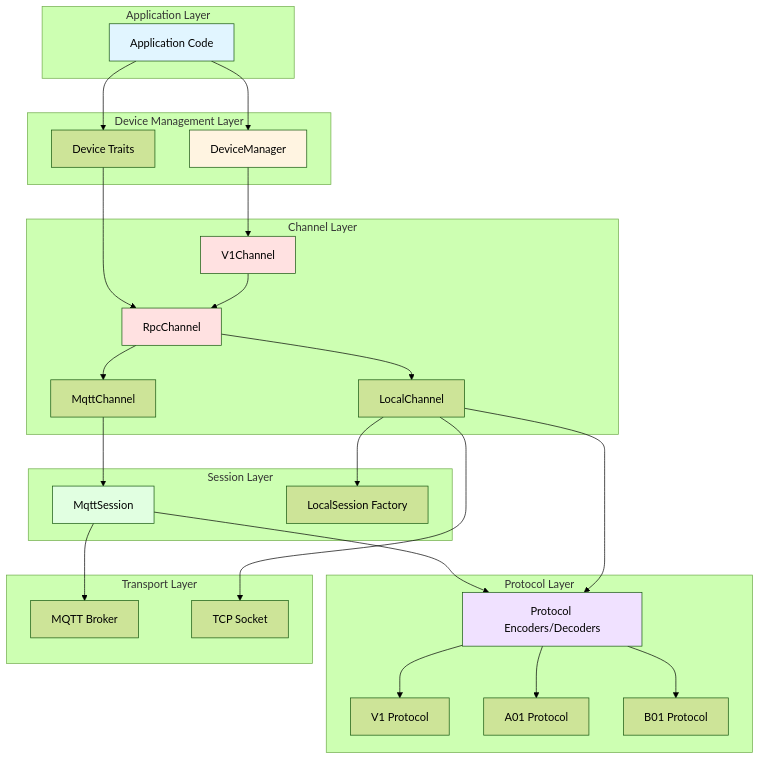
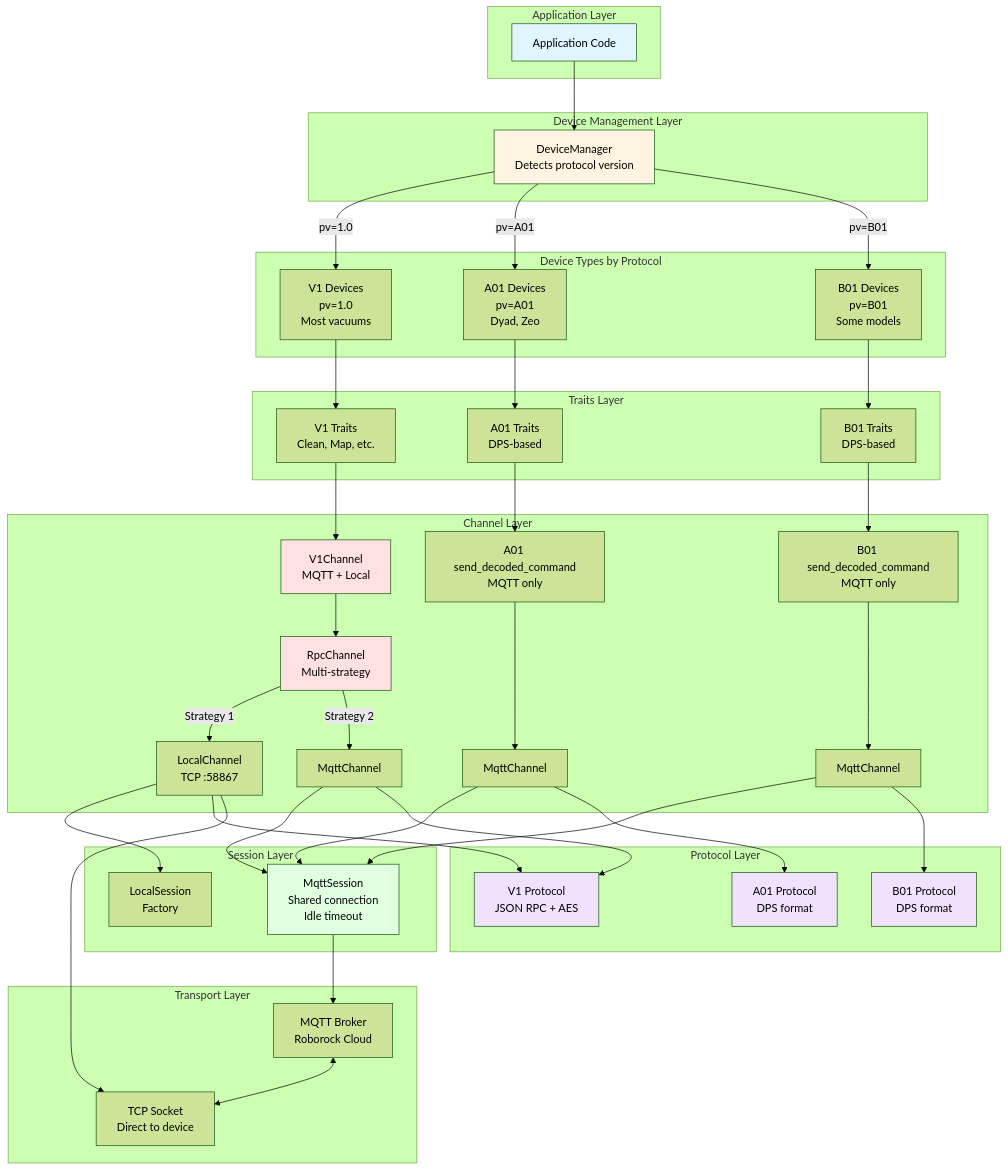
Before and after one commit to Python-roborock/python-roborock: the first of 5 diagrams in roborock/devices/README.md, drawn with Mermaid (forest theme). The commit also changed other lines of this file, not shown here.

Commit message:
chore: update device traits by protocol

````diff
--- a/roborock/devices/README.md
+++ b/roborock/devices/README.md
@@ -15,55 +15,87 @@
     end
 
     subgraph "Device Management Layer"
-        DM[DeviceManager]
-        Traits[Device Traits]
+        DM[DeviceManager<br/>Detects protocol version]
+    end
+
+    subgraph "Device Types by Protocol"
+        V1Dev[V1 Devices<br/>pv=1.0<br/>Most vacuums]
+        A01Dev[A01 Devices<br/>pv=A01<br/>Dyad, Zeo]
+        B01Dev[B01 Devices<br/>pv=B01<br/>Some models]
+    end
+
+    subgraph "Traits Layer"
+        V1Traits[V1 Traits<br/>Clean, Map, etc.]
+        A01Traits[A01 Traits<br/>DPS-based]
+        B01Traits[B01 Traits<br/>DPS-based]
     end
 
     subgraph "Channel Layer"
-        V1C[V1Channel]
-        RPC[RpcChannel]
-        MC[MqttChannel]
-        LC[LocalChannel]
+        V1C[V1Channel<br/>MQTT + Local]
+        A01C[A01 send_decoded_command<br/>MQTT only]
+        B01C[B01 send_decoded_command<br/>MQTT only]
+        RPC[RpcChannel<br/>Multi-strategy]
+        MC1[MqttChannel]
+        MC2[MqttChannel]
+        MC3[MqttChannel]
+        LC[LocalChannel<br/>TCP :58867]
     end
 
     subgraph "Session Layer"
-        MS[MqttSession]
-        LS[LocalSession Factory]
+        MS[MqttSession<br/>Shared connection<br/>Idle timeout]
+        LS[LocalSession<br/>Factory]
     end
 
     subgraph "Protocol Layer"
-        Proto[Protocol Encoders/Decoders]
-        V1P[V1 Protocol]
-        A01P[A01 Protocol]
-        B01P[B01 Protocol]
+        V1P[V1 Protocol<br/>JSON RPC + AES]
+        A01P[A01 Protocol<br/>DPS format]
+        B01P[B01 Protocol<br/>DPS format]
     end
 
     subgraph "Transport Layer"
-        MQTT[MQTT Broker]
-        TCP[TCP Socket]
+        MQTT[MQTT Broker<br/>Roborock Cloud]
+        TCP[TCP Socket<br/>Direct to device]
     end
 
     User --> DM
-    User --> Traits
-    DM --> V1C
-    Traits --> RPC
+    DM -->|pv=1.0| V1Dev
+    DM -->|pv=A01| A01Dev
+    DM -->|pv=B01| B01Dev
+    
+    V1Dev --> V1Traits
+    A01Dev --> A01Traits
+    B01Dev --> B01Traits
+    
+    V1Traits --> V1C
+    A01Traits --> A01C
+    B01Traits --> B01C
+    
     V1C --> RPC
-    RPC --> MC
-    RPC --> LC
-    MC --> MS
+    RPC -->|Strategy 1| LC
+    RPC -->|Strategy 2| MC1
+    A01C --> MC2
+    B01C --> MC3
+    
+    MC1 --> MS
+    MC2 --> MS
+    MC3 --> MS
     LC --> LS
-    MS --> Proto
-    LC --> Proto
-    Proto --> V1P
-    Proto --> A01P
-    Proto --> B01P
+    
+    MC1 --> V1P
+    MC2 --> A01P
+    MC3 --> B01P
+    LC --> V1P
+    
     MS --> MQTT
     LC --> TCP
+    MQTT <--> TCP
 
     style User fill:#e1f5ff
     style DM fill:#fff4e1
     style V1C fill:#ffe1e1
     style RPC fill:#ffe1e1
     style MS fill:#e1ffe1
-    style Proto fill:#f0e1ff
+    style V1P fill:#f0e1ff
+    style A01P fill:#f0e1ff
+    style B01P fill:#f0e1ff
 ```
````
